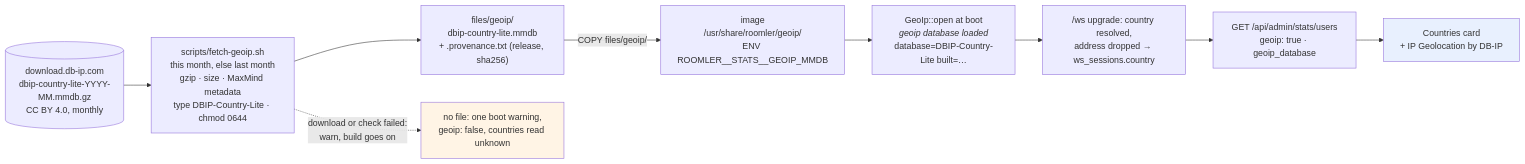
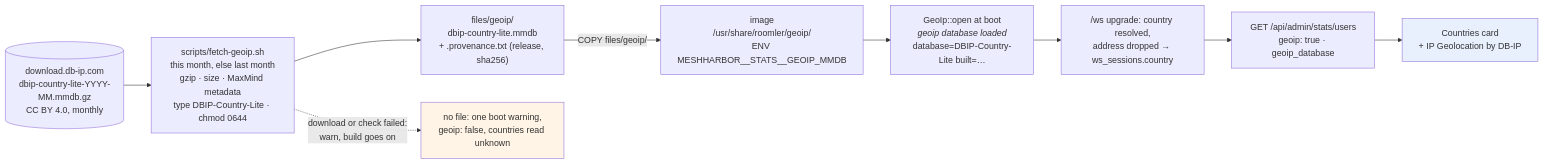
The third of 5 diagrams in docs/deployment.md (jk-zhang-meta/MeshHarbor), drawn with Mermaid before and after one commit. The commit also changed other lines of this file and 730 other files, not shown here.

````diff
--- a/docs/deployment.md
+++ b/docs/deployment.md
@@ -126,16 +126,16 @@
 ```mermaid
 flowchart LR
     DBIP[("download.db-ip.com<br/>dbip-country-lite-YYYY-MM.mmdb.gz<br/>CC BY 4.0, monthly")]
     F["scripts/fetch-geoip.sh<br/>this month, else last month<br/>gzip · size · MaxMind metadata<br/>type DBIP-Country-Lite · chmod 0644"]
     CTX["files/geoip/<br/>dbip-country-lite.mmdb<br/>+ .provenance.txt (release, sha256)"]
-    IMG["image<br/>/usr/share/roomler/geoip/<br/>ENV ROOMLER__STATS__GEOIP_MMDB"]
+    IMG["image<br/>/usr/share/roomler/geoip/<br/>ENV MESHHARBOR__STATS__GEOIP_MMDB"]
     BOOT["GeoIp::open at boot<br/><i>geoip database loaded</i><br/>database=DBIP-Country-Lite built=…"]
     WS["/ws upgrade: country resolved,<br/>address dropped → ws_sessions.country"]
     API["GET /api/admin/stats/users<br/>geoip: true · geoip_database"]
     UI["Countries card<br/>+ IP Geolocation by DB-IP"]
     NONE["no file: one boot warning,<br/>geoip: false, countries read unknown"]
     DBIP --> F --> CTX -->|"COPY files/geoip/"| IMG --> BOOT --> WS --> API --> UI
     F -.->|"download or check failed:<br/>warn, build goes on"| NONE
     style NONE fill:#fff4e5
     style UI fill:#e8f0fe
 ```
````
